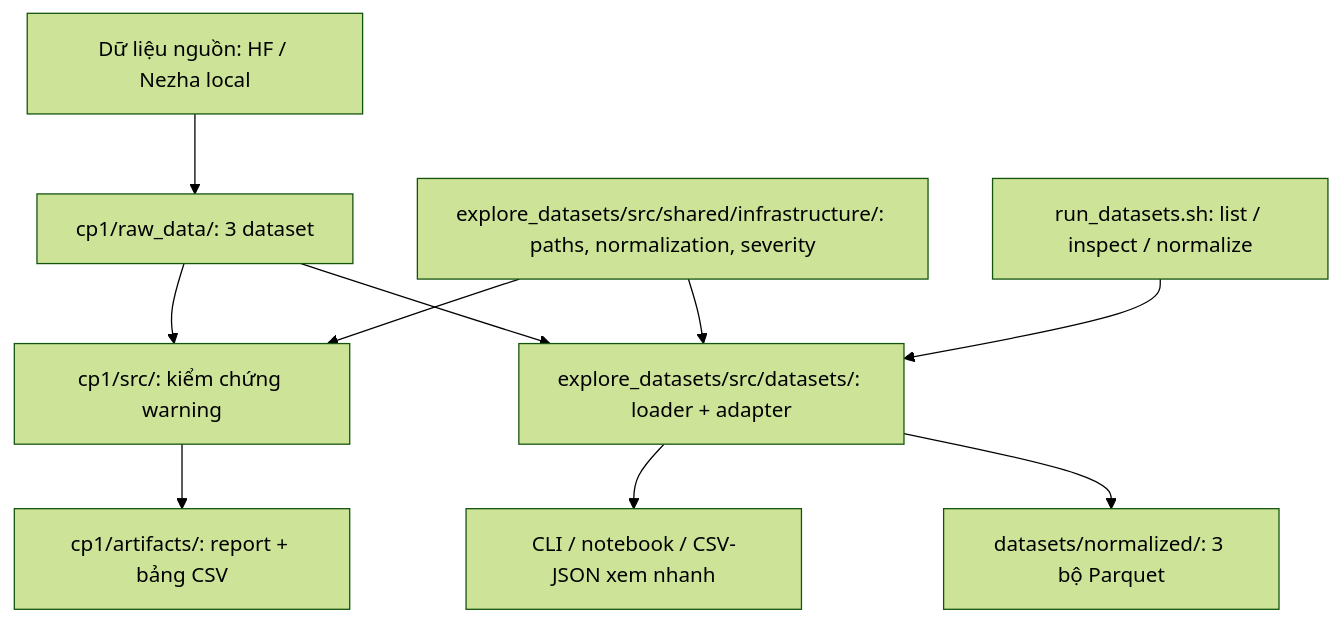
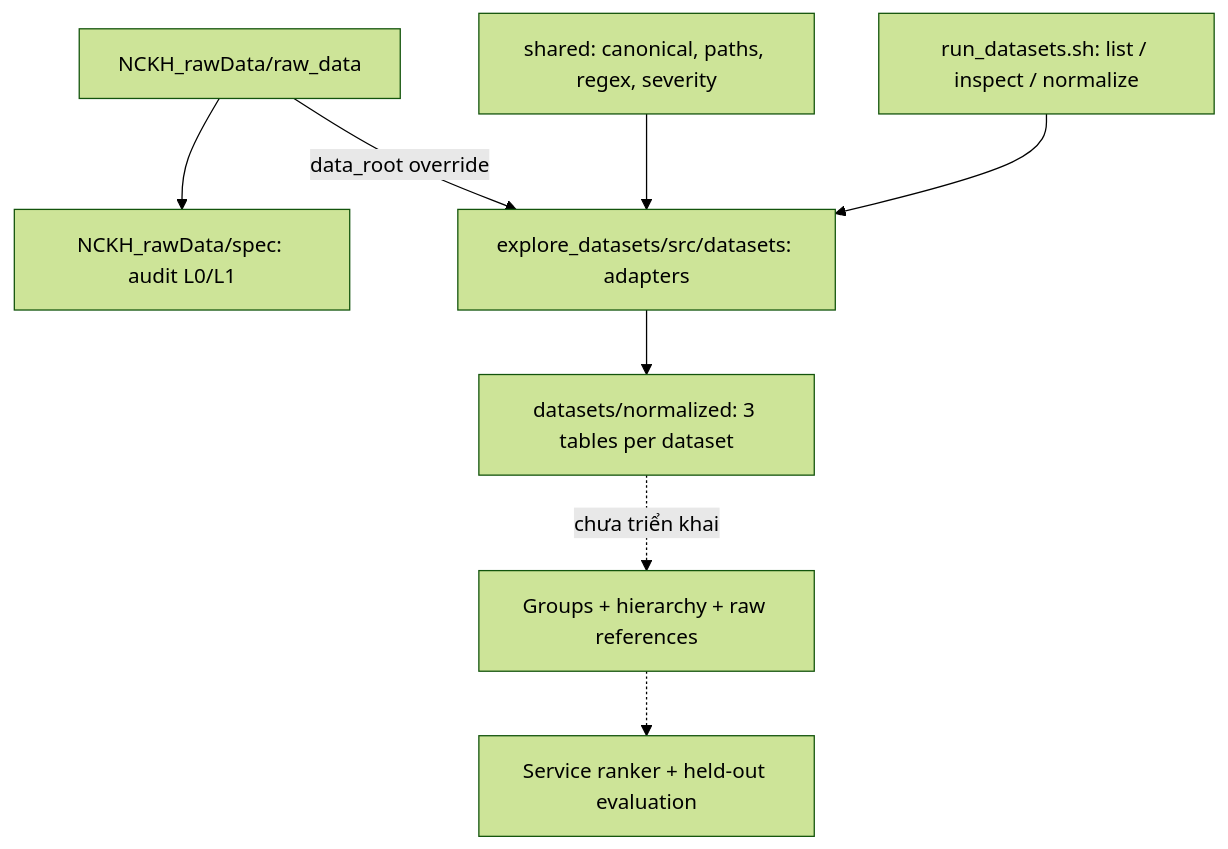
Before and after one commit to Hiamoutgame/NCKH_Aleart-fatigue: the diagram in Resource/README.md, drawn with Mermaid (forest theme). The commit also changed other lines of this file and 252 other files, not shown here.

````diff
--- a/Resource/README.md
+++ b/Resource/README.md
@@ -22,12 +18,10 @@
 ```mermaid
 flowchart TD
-    INPUT["Dữ liệu nguồn: HF / Nezha local"] --> RAW["cp1/raw_data/: 3 dataset"]
-    RAW --> CP["cp1/src/: kiểm chứng warning"]
-    CP --> REPORT["cp1/artifacts/: report + bảng CSV"]
-    RAW --> EXP["explore_datasets/src/datasets/: loader + adapter"]
-    EXP --> VIEW["CLI / notebook / CSV-JSON xem nhanh"]
-    EXP --> OUT["datasets/normalized/: 3 bộ Parquet"]
-    CORE["explore_datasets/src/shared/infrastructure/: paths, normalization, severity"] --> CP
-    CORE --> EXP
-    CLI["run_datasets.sh: list / inspect / normalize"] --> EXP
+    RAW[NCKH_rawData/raw_data] --> AUDIT[NCKH_rawData/spec: audit L0/L1]
+    RAW -->|data_root override| ADAPTER[explore_datasets/src/datasets: adapters]
+    SHARED[shared: canonical, paths, regex, severity] --> ADAPTER
+    CLI[run_datasets.sh: list / inspect / normalize] --> ADAPTER
+    ADAPTER --> NORMALIZED[datasets/normalized: 3 tables per dataset]
+    NORMALIZED -. chưa triển khai .-> GROUP[Groups + hierarchy + raw references]
+    GROUP -.-> RANK[Service ranker + held-out evaluation]
 ```
````
